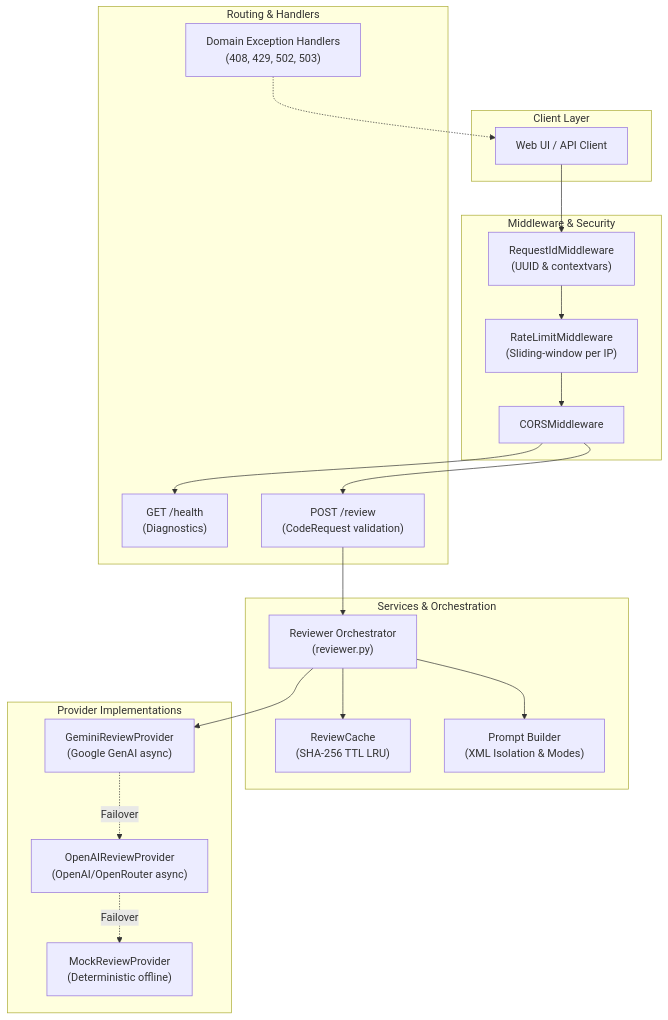
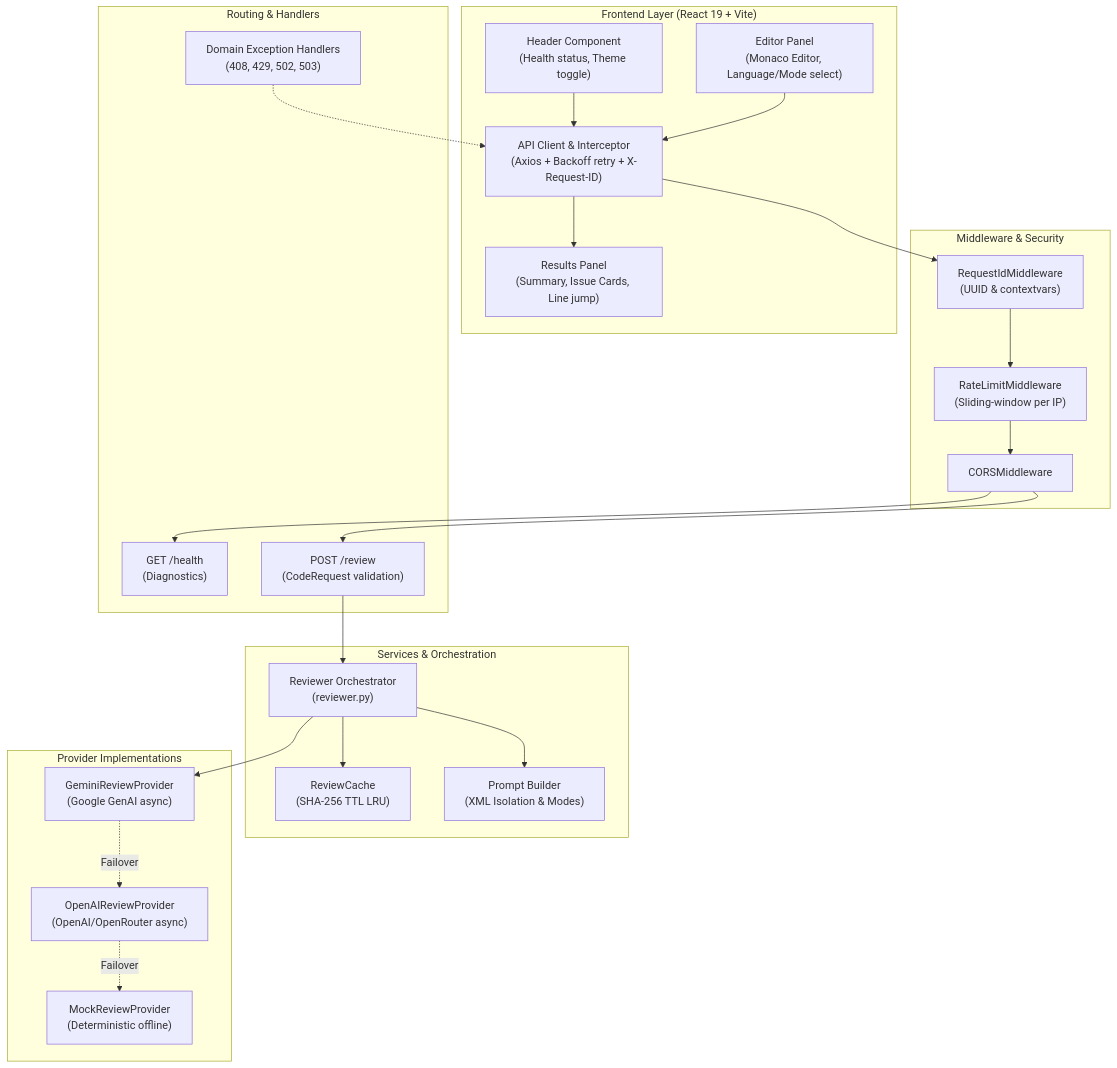
One commit to chandan942/ai-review-system changed the first of 2 diagrams in docs/ARCHITECTURE.md. Above: the diagram before and after it, drawn with Mermaid. The commit also changed other lines of this file and 2 other files, not shown here.

First line of the commit message:
docs: update README, ARCHITECTURE, and DEVELOPMENT to reflect full-stack completion and production readiness

````diff
--- a/docs/ARCHITECTURE.md
+++ b/docs/ARCHITECTURE.md
@@ -52,43 +64,49 @@
 ```mermaid
 graph TB
-    subgraph ClientLayer["Client Layer"]
-        Client["Web UI / API Client"]
+    subgraph FrontendLayer["Frontend Layer (React 19 + Vite)"]
+        Header["Header Component<br/>(Health status, Theme toggle)"]
+        Editor["Editor Panel<br/>(Monaco Editor, Language/Mode select)"]
+        Results["Results Panel<br/>(Summary, Issue Cards, Line jump)"]
+        ApiLib["API Client & Interceptor<br/>(Axios + Backoff retry + X-Request-ID)"]
     end
 
     subgraph MiddlewareLayer["Middleware & Security"]
         ReqId["RequestIdMiddleware<br/>(UUID & contextvars)"]
         RateLimit["RateLimitMiddleware<br/>(Sliding-window per IP)"]
         CORS["CORSMiddleware"]
     end
 
     subgraph AppRouting["Routing & Handlers"]
         HealthRoute["GET /health<br/>(Diagnostics)"]
         ReviewRoute["POST /review<br/>(CodeRequest validation)"]
         Exceptions["Domain Exception Handlers<br/>(408, 429, 502, 503)"]
     end
 
     subgraph CoreServices["Services & Orchestration"]
         Reviewer["Reviewer Orchestrator<br/>(reviewer.py)"]
         Cache["ReviewCache<br/>(SHA-256 TTL LRU)"]
         PromptGen["Prompt Builder<br/>(XML Isolation & Modes)"]
     end
 
     subgraph Providers["Provider Implementations"]
         Gemini["GeminiReviewProvider<br/>(Google GenAI async)"]
         OpenAI["OpenAIReviewProvider<br/>(OpenAI/OpenRouter async)"]
         Mock["MockReviewProvider<br/>(Deterministic offline)"]
     end
 
-    Client --> ReqId
+    Header --> ApiLib
+    Editor --> ApiLib
+    ApiLib --> ReqId
     ReqId --> RateLimit
     RateLimit --> CORS
     CORS --> HealthRoute
     CORS --> ReviewRoute
     ReviewRoute --> Reviewer
     Reviewer --> Cache
     Reviewer --> PromptGen
     Reviewer --> Gemini
     Gemini -.->|Failover| OpenAI
     OpenAI -.->|Failover| Mock
-    Exceptions -.-> Client
+    Exceptions -.-> ApiLib
+    ApiLib --> Results
 ```
````
